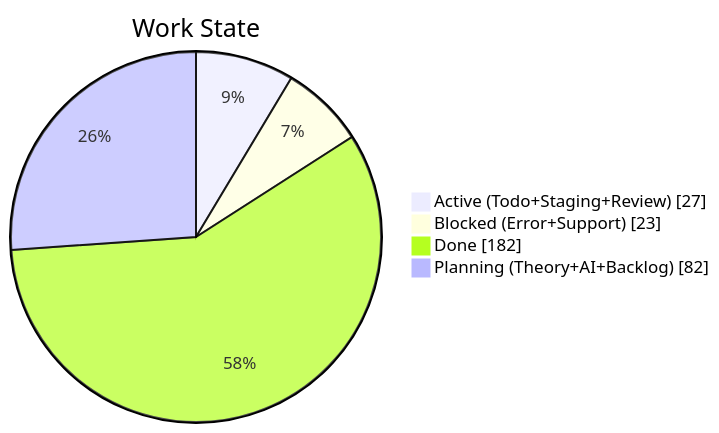
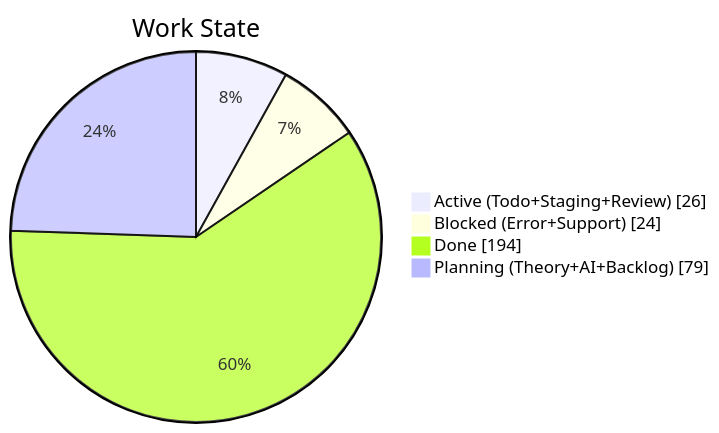
The second of 4 diagrams in apps/kbve/astro-kbve/src/content/docs/dashboard/kanban-data.mdx (KBVE/kbve), drawn with Mermaid before and after one commit. The commit also changed other lines of this file and 8 other files, not shown here.

````diff
--- a/apps/kbve/astro-kbve/src/content/docs/dashboard/kanban-data.mdx
+++ b/apps/kbve/astro-kbve/src/content/docs/dashboard/kanban-data.mdx
@@ -68,8 +68,8 @@
 ```mermaid
 pie showData
     title Work State
-    "Active (Todo+Staging+Review)" : 27
-    "Blocked (Error+Support)" : 23
-    "Done" : 182
-    "Planning (Theory+AI+Backlog)" : 82
+    "Active (Todo+Staging+Review)" : 26
+    "Blocked (Error+Support)" : 24
+    "Done" : 194
+    "Planning (Theory+AI+Backlog)" : 79
 ```
````
